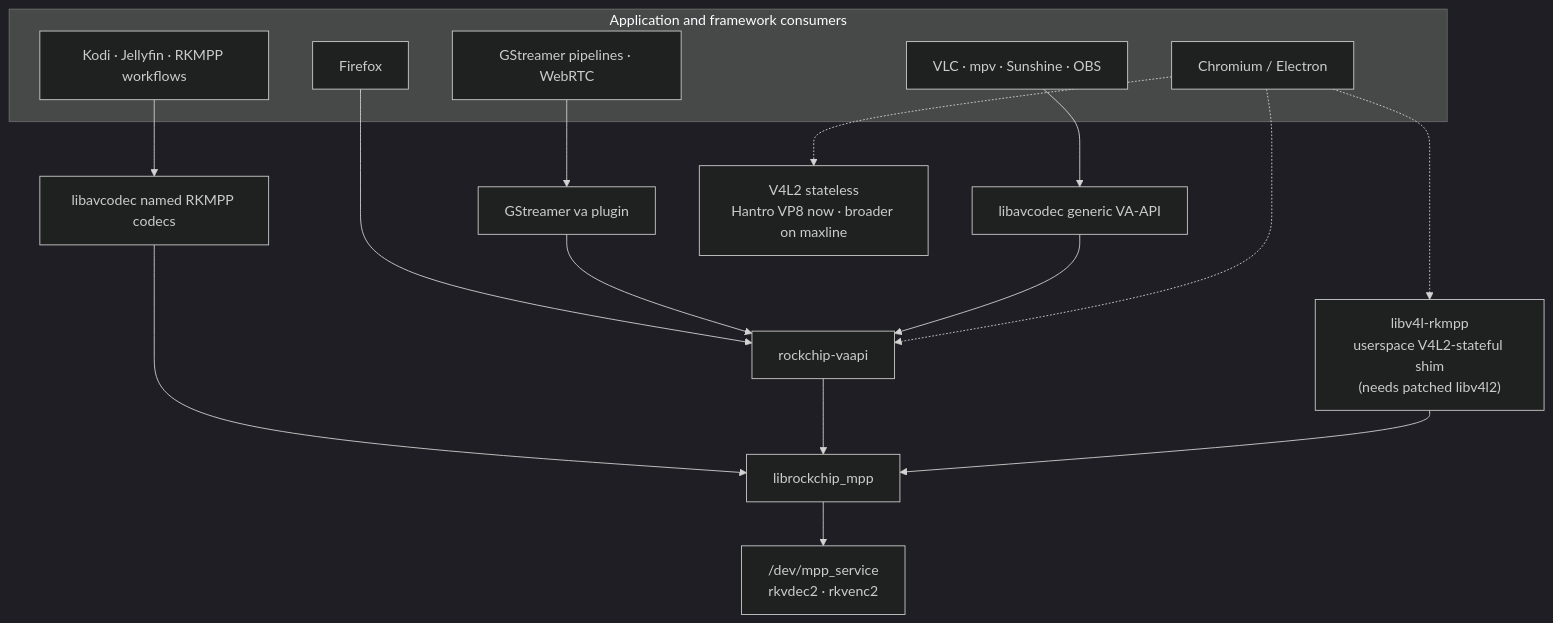
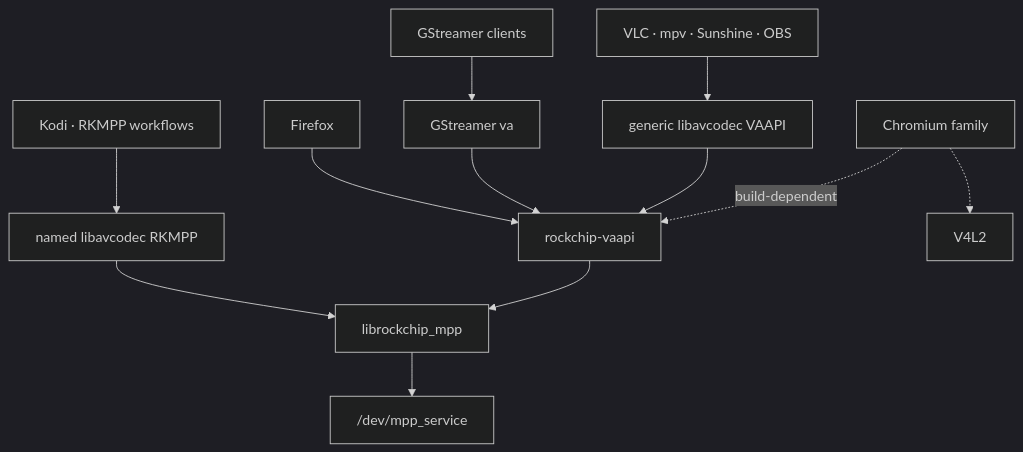
One commit to yisding/rock-5b-ysp changed the diagram in docs/app-enablement.md. Above: the diagram before and after it, drawn with Mermaid (dark theme). The commit also changed other lines of this file and 4 other files, not shown here.

````diff
--- a/docs/app-enablement.md
+++ b/docs/app-enablement.md
@@ -42,32 +26,14 @@
 ```mermaid
 flowchart TB
-  subgraph consumers["Application and framework consumers"]
-    ff["Firefox"]
-    gstapps["GStreamer pipelines · WebRTC"]
-    vaapps["VLC · mpv · Sunshine · OBS"]
-    rkapps["Kodi · Jellyfin · RKMPP workflows"]
-    cr["Chromium / Electron"]
-  end
-  gst["GStreamer va plugin"]
-  lavcva["libavcodec generic VA-API"]
-  lavcrk["libavcodec named RKMPP codecs"]
-  vaapi["rockchip-vaapi"]
-  v4l2["V4L2 stateless<br/>Hantro VP8 now · broader on maxline"]
-  shim["libv4l-rkmpp<br/>userspace V4L2-stateful shim<br/>(needs patched libv4l2)"]
-  mpplib["librockchip_mpp"]
-  svc["/dev/mpp_service<br/>rkvdec2 · rkvenc2"]
-
-  ff --> vaapi
-  gstapps --> gst
+  ff["Firefox"] --> vaapi["rockchip-vaapi"]
+  gstapps["GStreamer clients"] --> gst["GStreamer va"]
   gst --> vaapi
-  vaapps --> lavcva
+  vaapps["VLC · mpv · Sunshine · OBS"] --> lavcva["generic libavcodec VAAPI"]
   lavcva --> vaapi
-  rkapps --> lavcrk
-  lavcrk --> mpplib
-  cr -.-> vaapi
-  cr -.-> v4l2
-  cr -.-> shim
-  vaapi --> mpplib
-  shim --> mpplib
-  mpplib --> svc
+  rkapps["Kodi · RKMPP workflows"] --> lavcrk["named libavcodec RKMPP"]
+  lavcrk --> mpp["librockchip_mpp"]
+  vaapi --> mpp
+  chromium["Chromium family"] -. "build-dependent" .-> vaapi
+  chromium -.-> v4l2["V4L2"]
+  mpp --> svc["/dev/mpp_service"]
 ```
````
